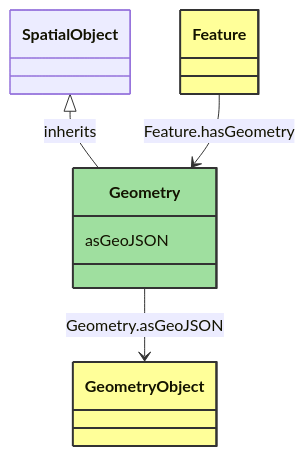
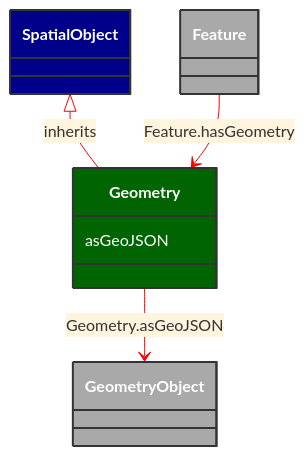
One commit to 3lbits/NoCIMExtensions changed the diagram in docs/Models/Profiles/WattApp/ConcreteClasses/Geometry.md. Above: the diagram before and after it, drawn with Mermaid. The commit also changed 16 other files, not shown here.

Commit message:
Fixed mermaid colors and footer issue

````diff
--- a/docs/Models/Profiles/WattApp/ConcreteClasses/Geometry.md
+++ b/docs/Models/Profiles/WattApp/ConcreteClasses/Geometry.md
@@ -8,29 +8,30 @@
 ```mermaid
+%%{init: {'theme':'base','themeVariables': {'lineColor': '#FF0000'}}}%%
 classDiagram
     class Geometry
     click Geometry href "/Models/Profiles/WattApp/ConcreteClasses/Geometry/"
-    style Geometry fill:#9fdf9f,stroke:#333,stroke-width:2px,rx:10,ry:10
+    style Geometry fill:#006400,stroke:#333,stroke-width:2px,rx:10,ry:10,color:white
 
         SpatialObject <|-- Geometry : inherits
             click SpatialObject href "/Models/Profiles/WattApp/ConcreteClasses/SpatialObject/"
-            style SpatialObject rx:10,ry:10
+            style SpatialObject fill:#00008B,stroke:#333,stroke-width:2px,rx:10,ry:10,color:white
 
         Geometry
             click Geometry href "/Models/Profiles/WattApp/ConcreteClasses/Geometry/"
-            style Geometry rx:10,ry:10
+            style SpatialObject fill:#00008B,stroke:#333,stroke-width:2px,rx:10,ry:10,color:white
 
         Geometry --> GeometryObject : Geometry.asGeoJSON
 
         GeometryObject
             click GeometryObject href "/Models/Profiles/WattApp/ConcreteClasses/GeometryObject/"
-            style GeometryObject fill:#ffff99,stroke:#333,stroke-width:2px,rx:10,ry:10
+            style GeometryObject fill:#A9A9A9,stroke:#333,stroke-width:2px,rx:10,ry:10,color:white
 
         Feature --> Geometry : Feature.hasGeometry
 
         Feature
             click Feature href "/Models/Profiles/WattApp/ConcreteClasses/Feature/"
-            style Feature fill:#ffff99,stroke:#333,stroke-width:2px,rx:10,ry:10
+            style Feature fill:#A9A9A9,stroke:#333,stroke-width:2px,rx:10,ry:10,color:white
 
 
         Geometry : asGeoJSON
 ```
````
